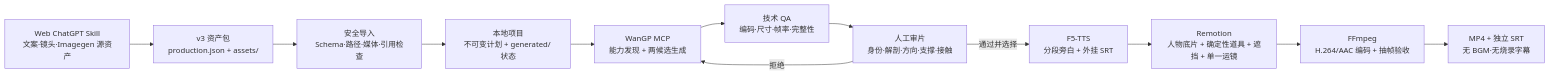
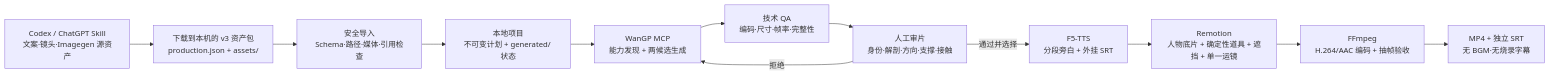
The diagram in docs/ARCHITECTURE.md (kevin-luo/gen-video-tool), drawn with Mermaid before and after one commit. The commit also changed other lines of this file and 16 other files, not shown here.

````diff
--- a/docs/ARCHITECTURE.md
+++ b/docs/ARCHITECTURE.md
@@ -17,14 +17,14 @@
 ```mermaid
 flowchart LR
-  A["Web ChatGPT Skill\n文案·镜头·Imagegen 源资产"] --> B["v3 资产包\nproduction.json + assets/"]
+  A["Codex / ChatGPT Skill\n文案·镜头·Imagegen 源资产"] --> B["下载到本机的 v3 资产包\nproduction.json + assets/"]
   B --> C["安全导入\nSchema·路径·媒体·引用检查"]
   C --> D["本地项目\n不可变计划 + generated/ 状态"]
   D --> E["WanGP MCP\n能力发现 + 两候选生成"]
   E --> F["技术 QA\n编码·尺寸·帧率·完整性"]
   F --> G["人工审片\n身份·解剖·方向·支撑·接触"]
   G -->|通过并选择| H["F5-TTS\n分段旁白 + 外挂 SRT"]
   G -->|拒绝| E
   H --> I["Remotion\n人物底片 + 确定性道具 + 遮挡 + 单一运镜"]
   I --> J["FFmpeg\nH.264/AAC 编码 + 抽帧验收"]
   J --> K["MP4 + 独立 SRT\n无 BGM·无烧录字幕"]
 ```
````
